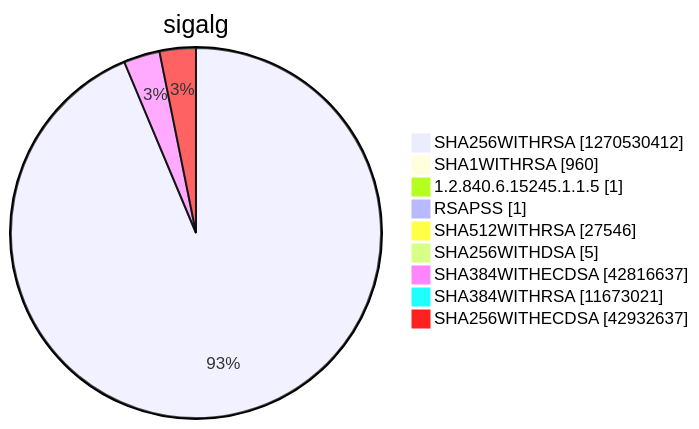
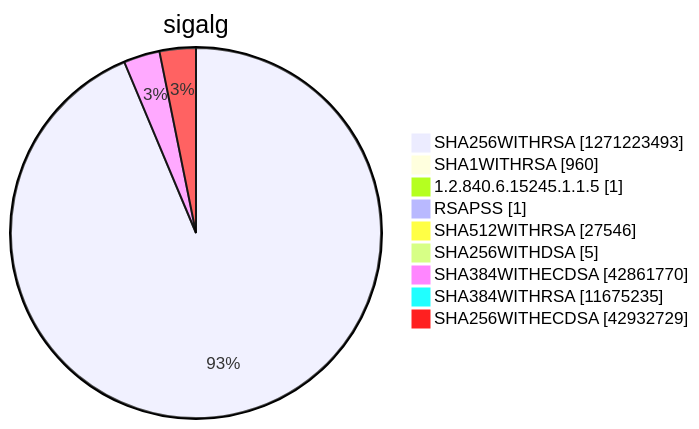
Before and after one commit to christiankrug/ctmonitor_visualization: diagram 15 of 15 in argon2022/README.md, drawn with Mermaid. The commit also changed other lines of this file, not shown here.

````diff
--- a/argon2022/README.md
+++ b/argon2022/README.md
@@ -5522,13 +5522,13 @@
 ```mermaid
 pie showData
 title sigalg
-"SHA256WITHRSA" :1270530412
+"SHA256WITHRSA" :1271223493
 "SHA1WITHRSA" :960
 "1.2.840.6.15245.1.1.5" :1
 "RSAPSS" :1
 "SHA512WITHRSA" :27546
 "SHA256WITHDSA" :5
-"SHA384WITHECDSA" :42816637
-"SHA384WITHRSA" :11673021
-"SHA256WITHECDSA" :42932637
+"SHA384WITHECDSA" :42861770
+"SHA384WITHRSA" :11675235
+"SHA256WITHECDSA" :42932729
 ```
````
